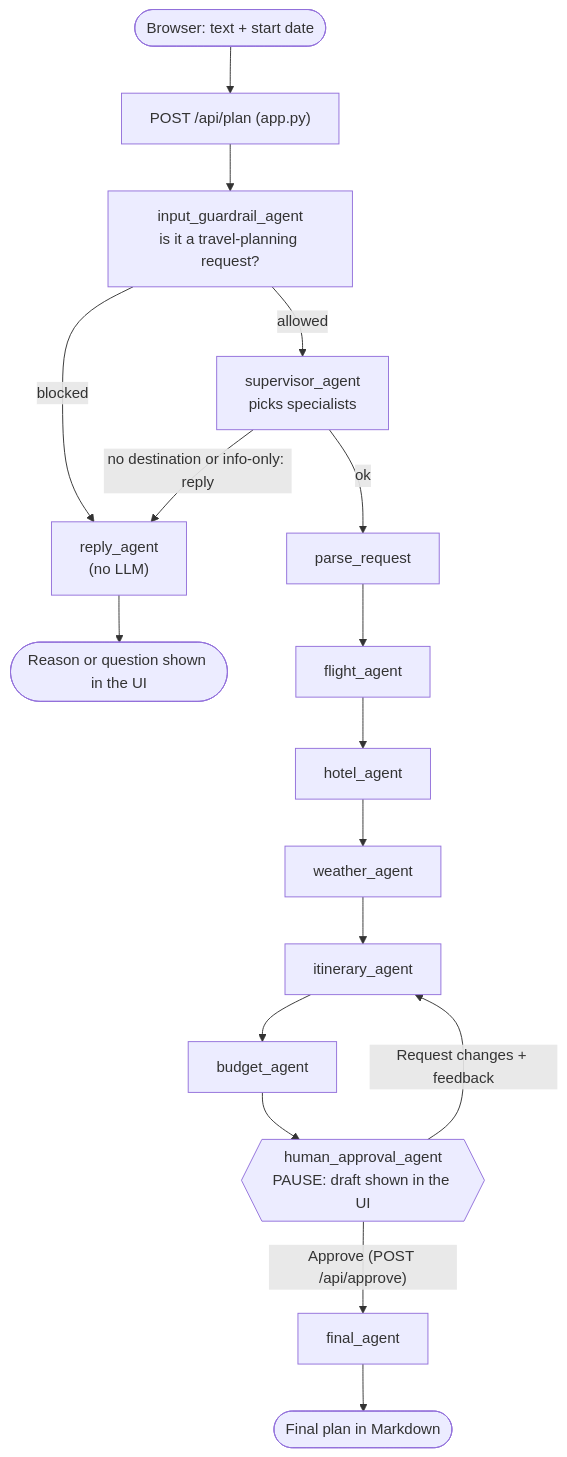
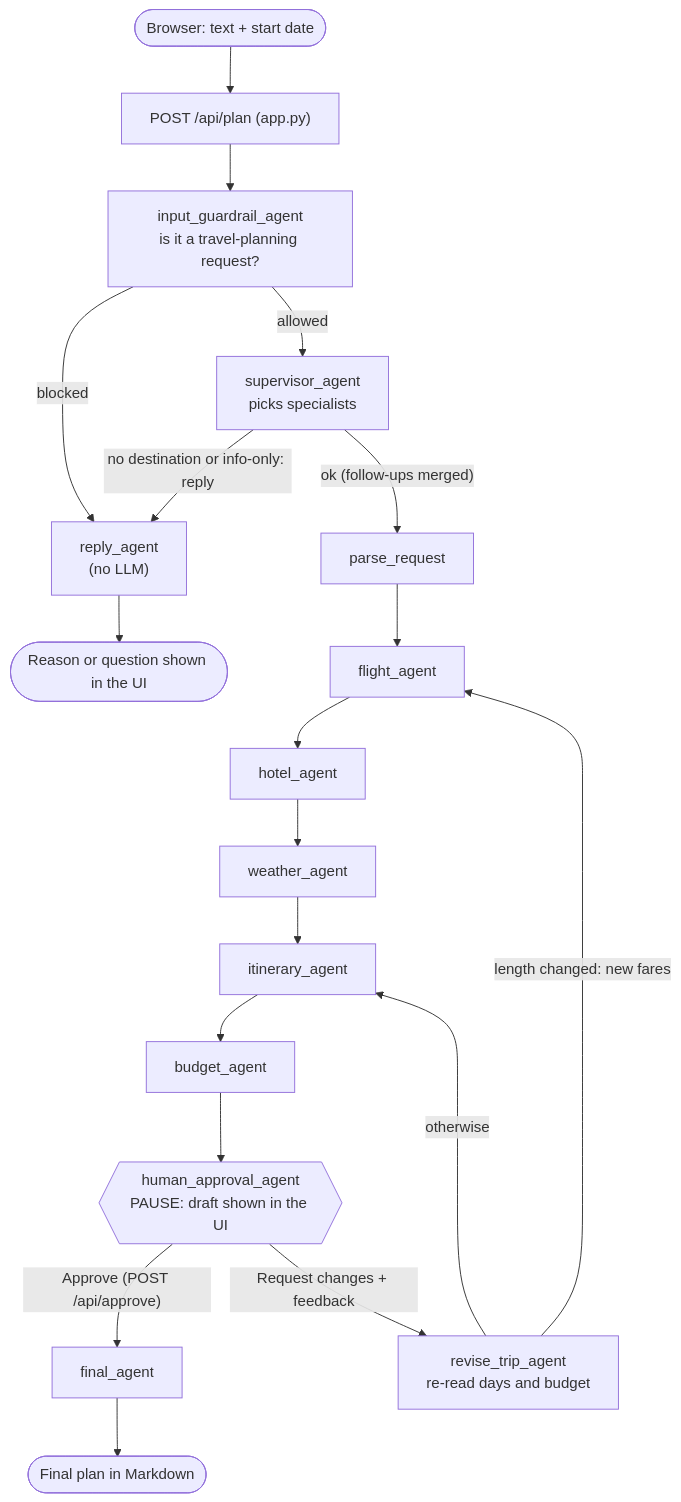
One commit to bsivavenu/tripmate_langgraph changed the diagram in README.md. Above: the diagram before and after it, drawn with Mermaid. The commit also changed other lines of this file and 3 other files, not shown here.

First line of the commit message:
Update README, architecture diagram and testing guide for round-2 changes

````diff
--- a/README.md
+++ b/README.md
@@ -63,19 +64,21 @@
 ```mermaid
 flowchart TD
     A([Browser: text + start date]) --> B["POST /api/plan (app.py)"]
     B --> G["input_guardrail_agent<br/>is it a travel-planning request?"]
     G -- "blocked" --> RP["reply_agent<br/>(no LLM)"]
     G -- "allowed" --> S["supervisor_agent<br/>picks specialists"]
     S -- "no destination or info-only: reply" --> RP
     RP --> R1([Reason or question shown in the UI])
-    S -- "ok" --> P[parse_request]
+    S -- "ok (follow-ups merged)" --> P[parse_request]
     P --> F[flight_agent]
     F --> H[hotel_agent]
     H --> W[weather_agent]
     W --> I[itinerary_agent]
     I --> BU[budget_agent]
     BU --> HA{{"human_approval_agent<br/>PAUSE: draft shown in the UI"}}
     HA -- "Approve (POST /api/approve)" --> FN[final_agent]
-    HA -- "Request changes + feedback" --> I
+    HA -- "Request changes + feedback" --> RV["revise_trip_agent<br/>re-read days and budget"]
+    RV -- "length changed: new fares" --> F
+    RV -- "otherwise" --> I
     FN --> R2([Final plan in Markdown])
 ```
````
